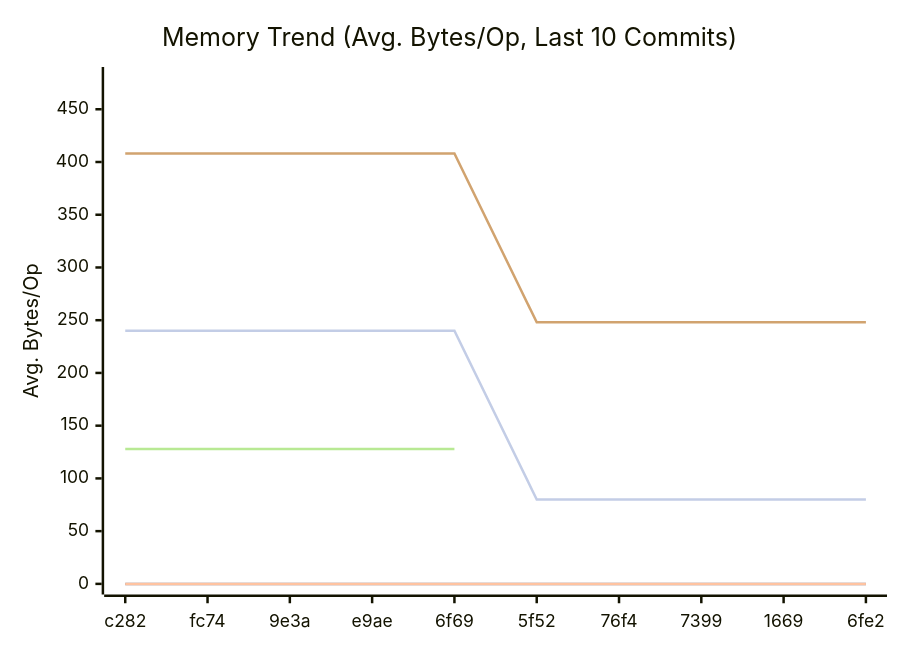
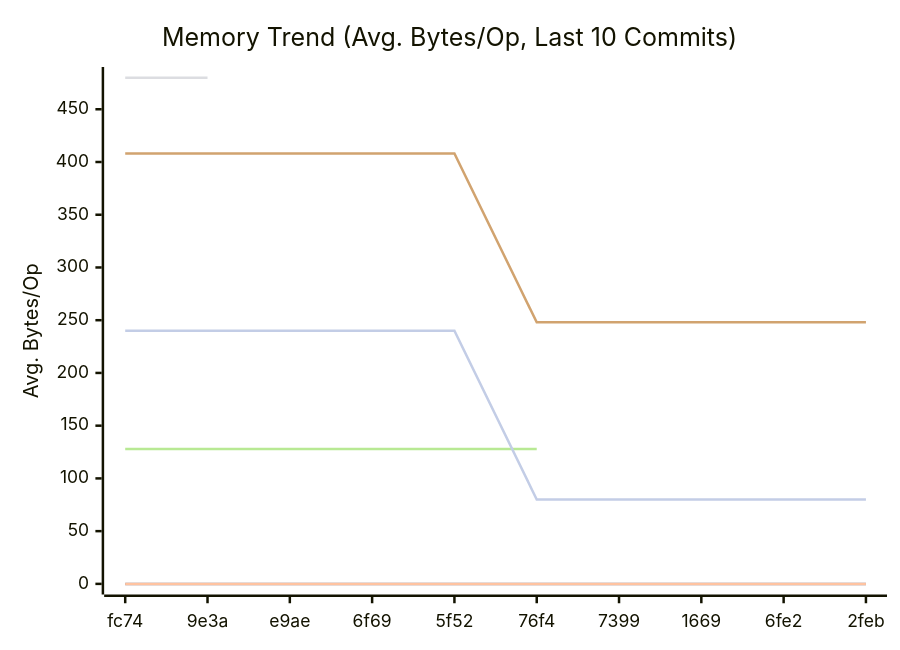
One commit to alsotoes/momo changed the second of 3 diagrams in doc/README.md. Above: the diagram before and after it, drawn with Mermaid. The commit also changed other lines of this file and 1 other file, not shown here.

````diff
--- a/doc/README.md
+++ b/doc/README.md
@@ -305,14 +311,14 @@
 ```mermaid
 xychart-beta
     title "Memory Trend (Avg. Bytes/Op, Last 10 Commits)"
     x-axis "Commit"
     y-axis "Avg. Bytes/Op"
-    x-axis [c282,fc74,9e3a,e9ae,6f69,5f52,76f4,7399,1669,6fe2]
+    x-axis [fc74,9e3a,e9ae,6f69,5f52,76f4,7399,1669,6fe2,2feb]
     line "CheckMetricsAndSwap" [0,0,0,0,0,0,0,0,0,0]
     line "IndexDirectTracking" [0,0,0,0,0,0,0,0,0,0]
     line "IndexSearch" [0,0,0,0,0,0,0,0,0,0]
-    line "LoadGlobalConfig" [480]
-    line "PadString" [128,128,128,128,128]
+    line "LoadGlobalConfig" [480,480]
+    line "PadString" [128,128,128,128,128,128]
     line "ParseReplicationOrder_NoPrealloc" [408,408,408,408,408,248,248,248,248,248]
     line "ParseReplicationOrder_Prealloc" [240,240,240,240,240,80,80,80,80,80]
 ```
````
